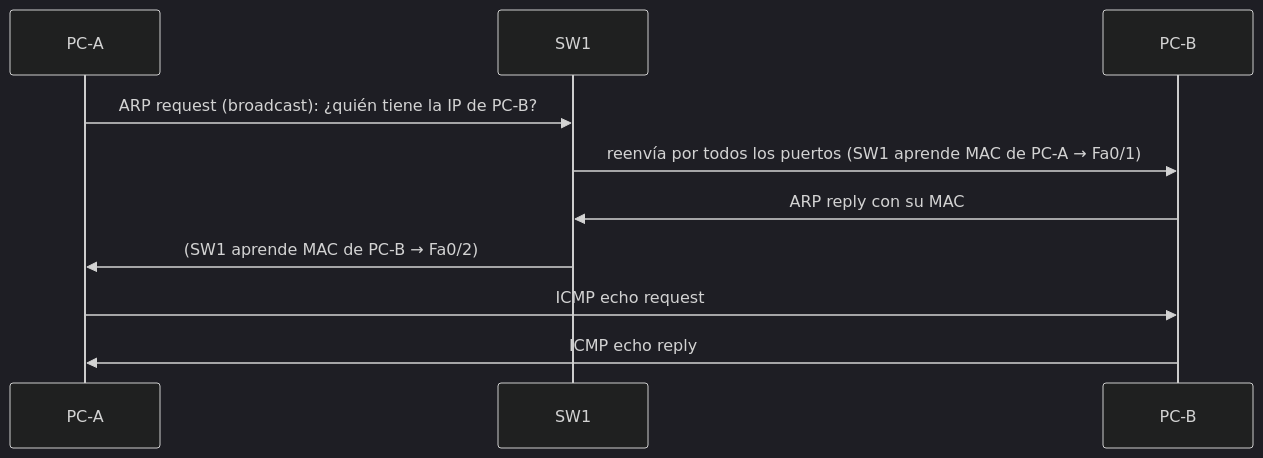
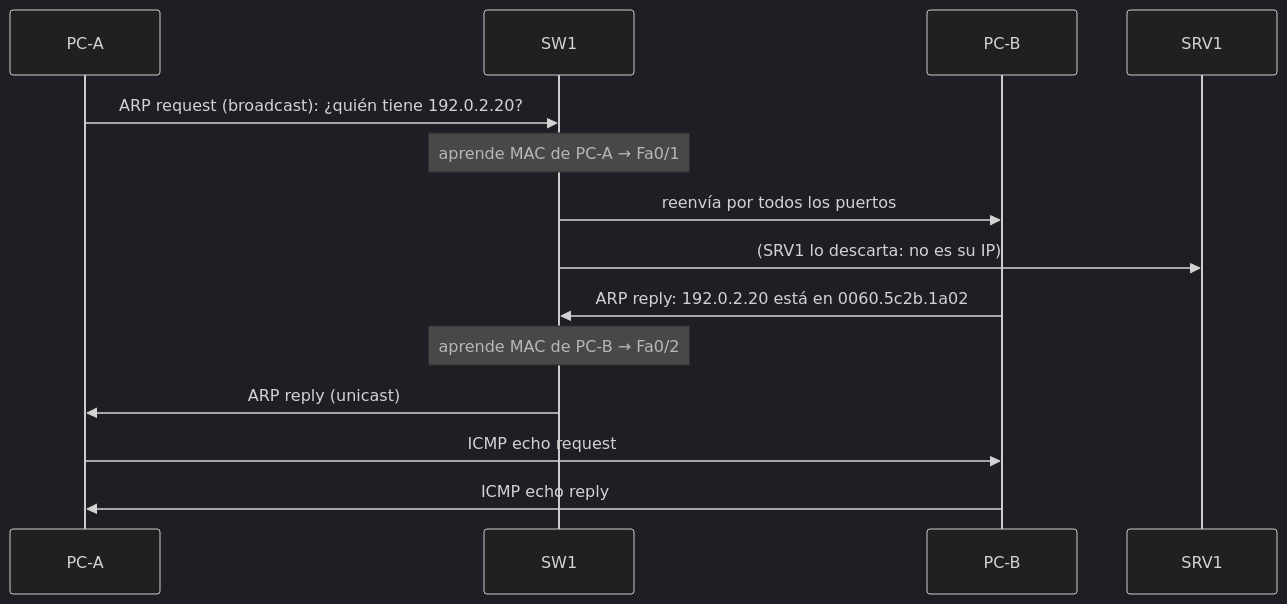
Before and after one commit to fabrizio2032-SVC/portfolio: the second of 2 diagrams in nexatech-lan-packet-tracer/README.md, drawn with Mermaid (dark theme). The commit also changed other lines of this file and 103 other files, not shown here.

````diff
--- a/nexatech-lan-packet-tracer/README.md
+++ b/nexatech-lan-packet-tracer/README.md
@@ -38,12 +54,16 @@
 ```mermaid
 sequenceDiagram
     participant A as PC-A
     participant S as SW1
     participant B as PC-B
-    A->>S: ARP request (broadcast): ¿quién tiene la IP de PC-B?
-    S->>B: reenvía por todos los puertos (SW1 aprende MAC de PC-A → Fa0/1)
-    B->>S: ARP reply con su MAC
-    S->>A: (SW1 aprende MAC de PC-B → Fa0/2)
+    participant V as SRV1
+    A->>S: ARP request (broadcast): ¿quién tiene 192.0.2.20?
+    Note over S: aprende MAC de PC-A → Fa0/1
+    S->>B: reenvía por todos los puertos
+    S->>V: (SRV1 lo descarta: no es su IP)
+    B->>S: ARP reply: 192.0.2.20 está en 0060.5c2b.1a02
+    Note over S: aprende MAC de PC-B → Fa0/2
+    S->>A: ARP reply (unicast)
     A->>B: ICMP echo request
     B->>A: ICMP echo reply
 ```
````
